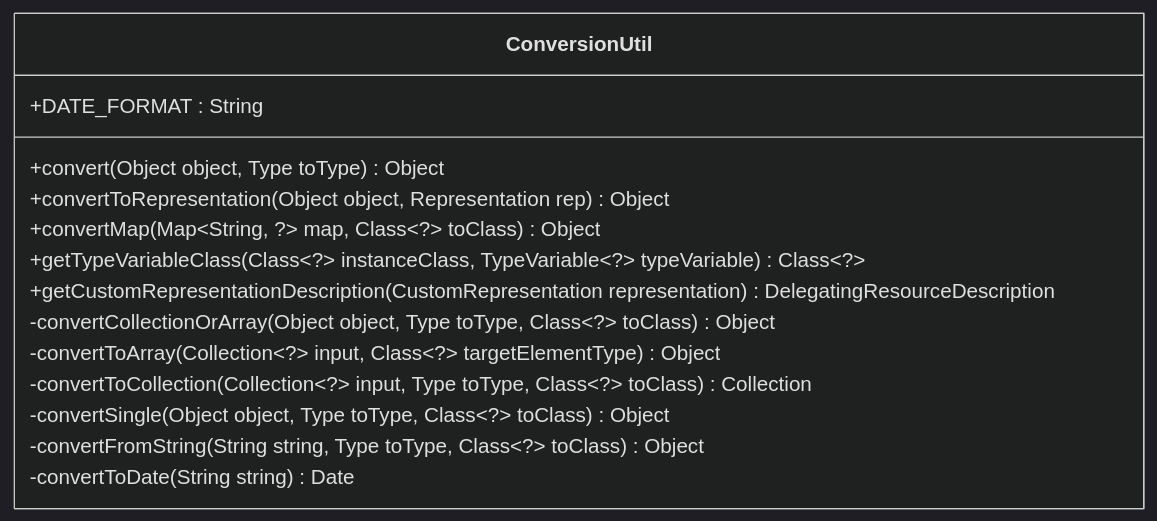
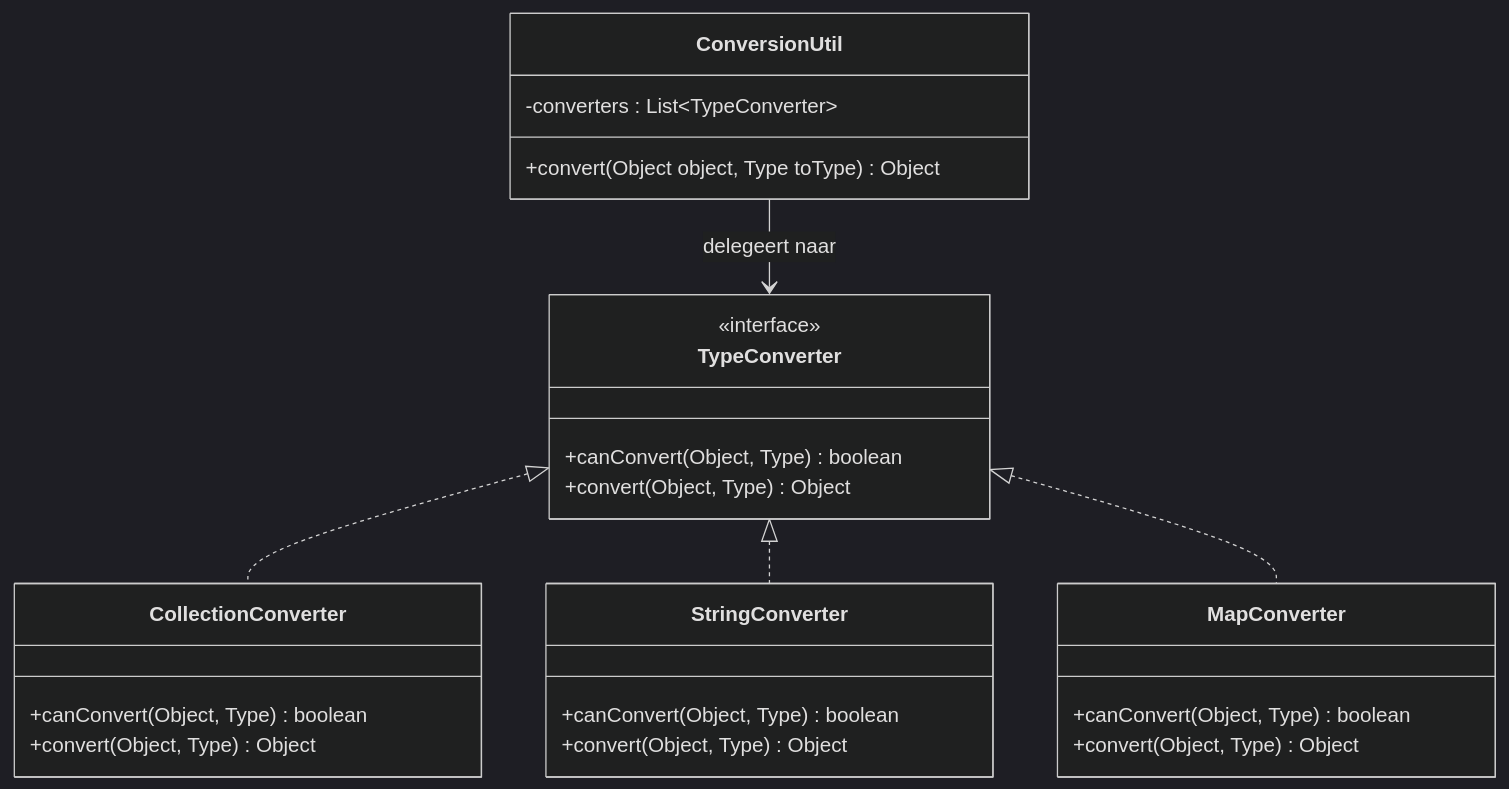
One commit to OpenMRSenger/openmrs-module-webservices.rest changed the third of 4 diagrams in docs/Altered Design/design.md. Above: the diagram before and after it, drawn with Mermaid (dark theme). The commit also changed other lines of this file and 2 other files, not shown here.

````diff
--- a/docs/Altered Design/design.md
+++ b/docs/Altered Design/design.md
@@ -66,17 +66,29 @@
 ```mermaid
 classDiagram
     class ConversionUtil {
-        +DATE_FORMAT : String
+        -converters : List~TypeConverter~
         +convert(Object object, Type toType) Object
-        +convertToRepresentation(Object object, Representation rep) Object
-        +convertMap(Map~String, ?~ map, Class~?~ toClass) Object
-        +getTypeVariableClass(Class~?~ instanceClass, TypeVariable~?~ typeVariable) Class~?~
-        +getCustomRepresentationDescription(CustomRepresentation representation) DelegatingResourceDescription
-        -convertCollectionOrArray(Object object, Type toType, Class~?~ toClass) Object
-        -convertToArray(Collection~?~ input, Class~?~ targetElementType) Object
-        -convertToCollection(Collection~?~ input, Type toType, Class~?~ toClass) Collection
-        -convertSingle(Object object, Type toType, Class~?~ toClass) Object
-        -convertFromString(String string, Type toType, Class~?~ toClass) Object
-        -convertToDate(String string) Date
     }
+    class TypeConverter {
+        <<interface>>
+        +canConvert(Object, Type) boolean
+        +convert(Object, Type) Object
+    }
+    class CollectionConverter {
+        +canConvert(Object, Type) boolean
+        +convert(Object, Type) Object
+    }
+    class StringConverter {
+        +canConvert(Object, Type) boolean
+        +convert(Object, Type) Object
+    }
+    class MapConverter {
+        +canConvert(Object, Type) boolean
+        +convert(Object, Type) Object
+    }
+
+    ConversionUtil --> TypeConverter : delegeert naar
+    TypeConverter <|.. CollectionConverter
+    TypeConverter <|.. StringConverter
+    TypeConverter <|.. MapConverter
 ```
````
